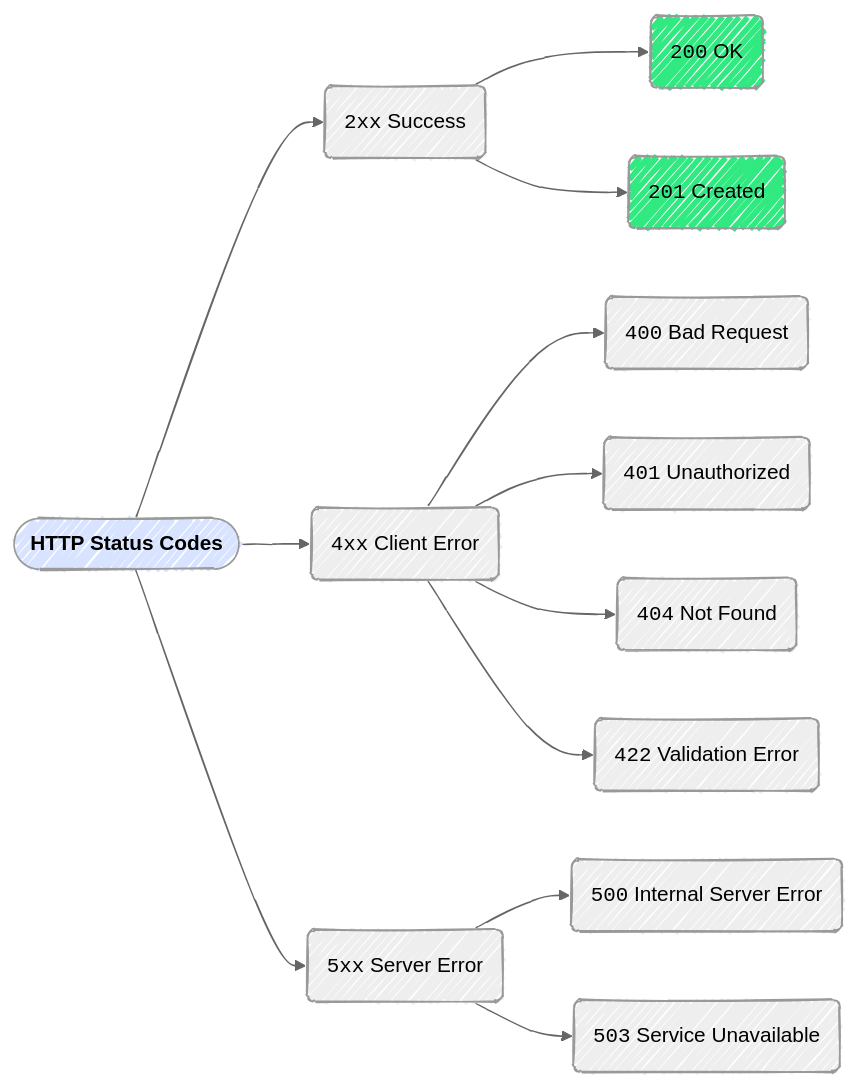
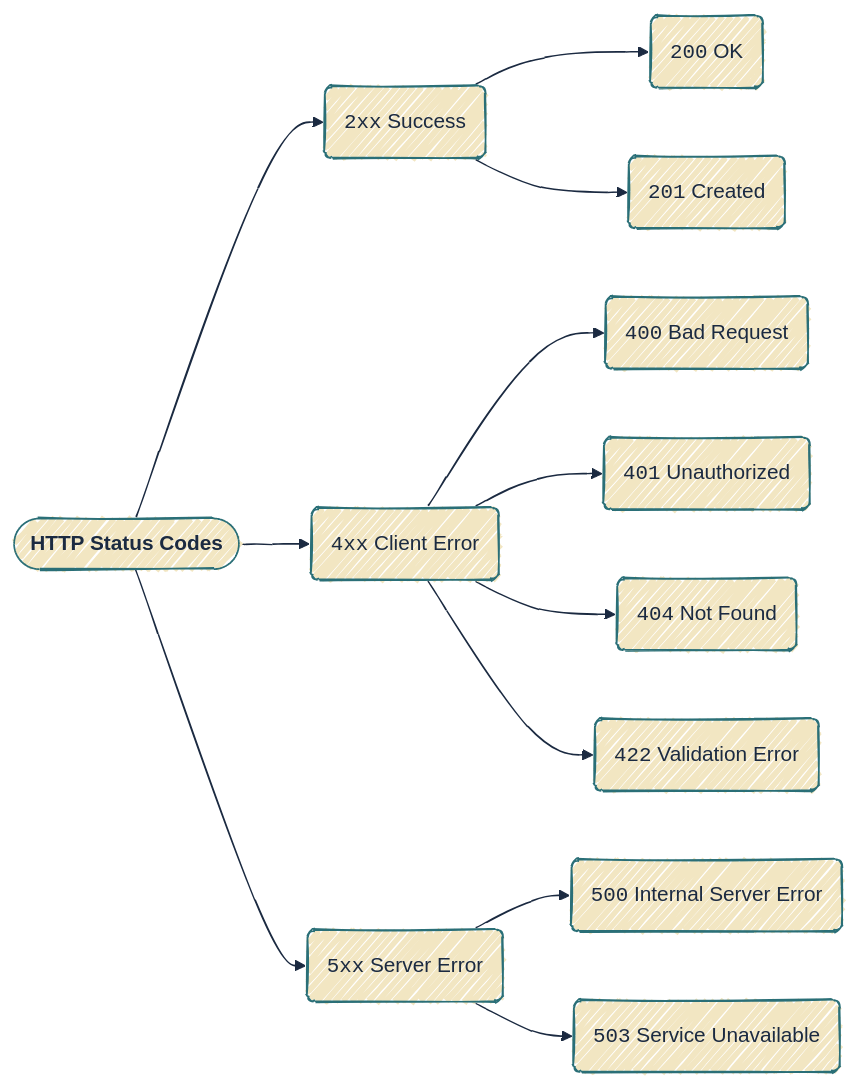
One commit to mjfrigaard/do4ds-labs changed the seventh of 15 diagrams in app-log-py.qmd. Above: the diagram before and after it, drawn with Mermaid. The commit also changed other lines of this file and 88 other files, not shown here.

````diff
--- a/app-log-py.qmd
+++ b/app-log-py.qmd
@@ -749,26 +732,23 @@
 ```{mermaid}
 %%| fig-cap: 'HTTP Status Codes Explained'
 %%| fig-width: 7.0
 %%| fig-align: center
-%%{init: {'theme': 'neutral', 'look': 'handDrawn', 'themeVariables': { 'fontFamily': 'monospace'}}}%%
+%%{init: {'theme': 'base', 'look': 'handDrawn', 'themeVariables': { 'fontFamily': 'monospace', 'primaryColor': '#F2E6C2', 'primaryBorderColor': '#2A6F77', 'primaryTextColor': '#1B2A41', 'secondaryColor': '#d4e7e4', 'tertiaryColor': '#f5f0e4', 'lineColor': '#1B2A41', 'edgeLabelBackground': '#F2E6C2'}}}%%
 
 graph LR
     A(["<strong>HTTP Status Codes</strong>"]) --> B("<code>2xx</code> Success")
     A --> C("<code>4xx</code> Client Error")
     A --> D("<code>5xx</code> Server Error")
     
     B --> B1("<code>200</code> OK")
     B --> B2("<code>201</code> Created")
     
     C --> C1("<code>400</code> Bad Request")
     C --> C2("<code>401</code> Unauthorized")
     C --> C3("<code>404</code> Not Found")
     C --> C4("<code>422</code> Validation Error")
     
     D --> D1("<code>500</code> Internal Server Error")
     D --> D2("<code>503</code> Service Unavailable")
     
-    style A fill:#d8e4ff
-    style B1 fill:#31e981
-    style B2 fill:#31e981
 ```
````
